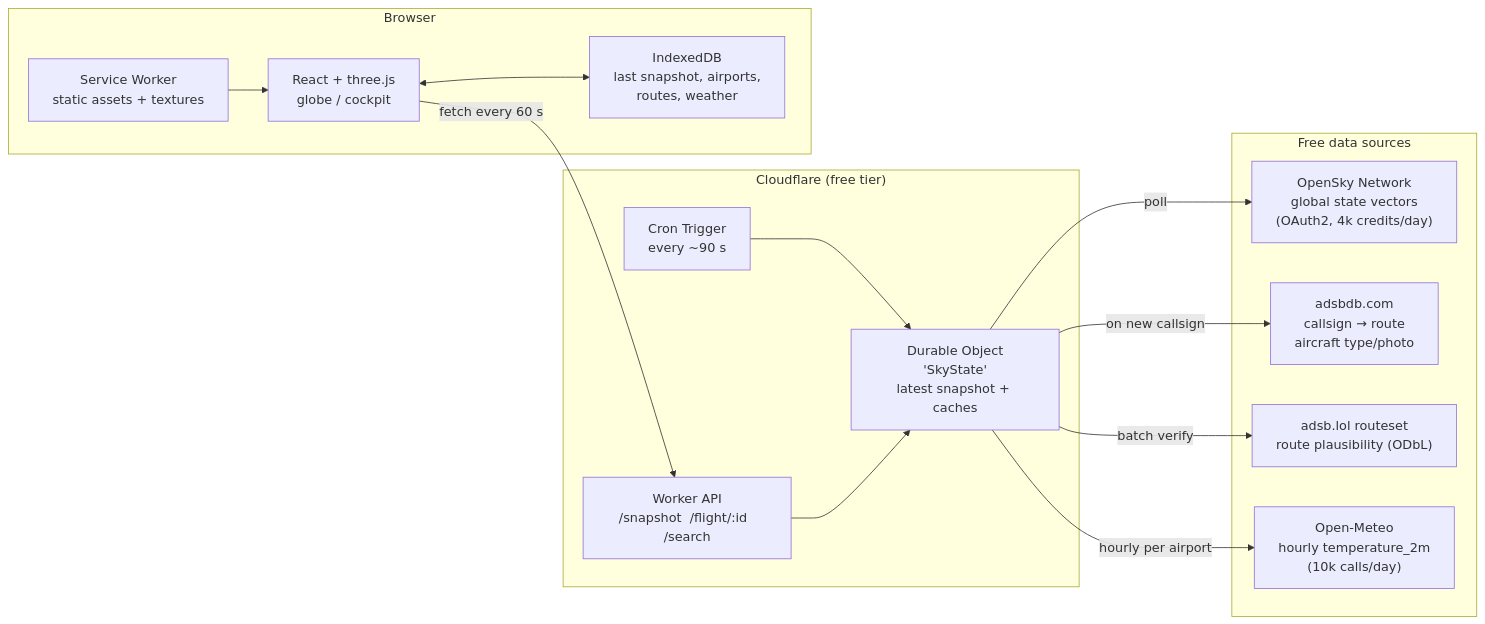
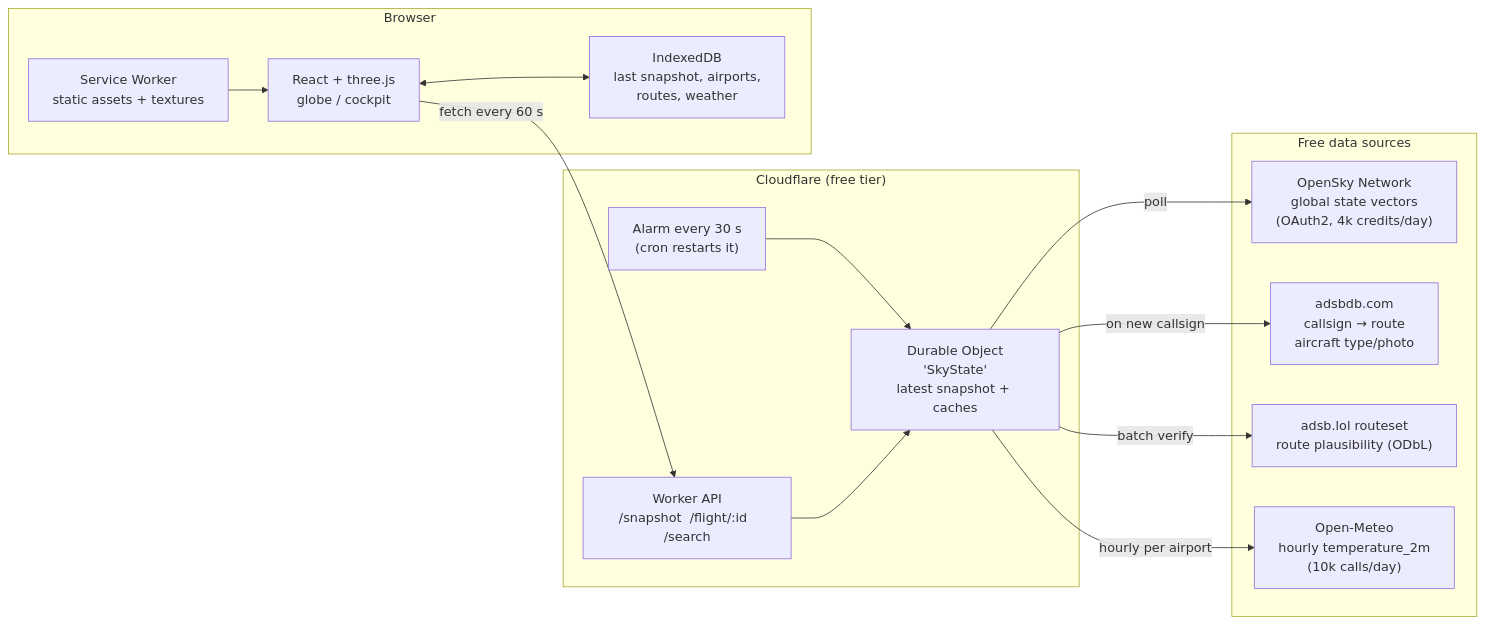
Before and after one commit to brandonIsTall/flightflux: the first of 5 diagrams in docs/PLAN.md, drawn with Mermaid. The commit also changed other lines of this file and 29 other files, not shown here.

````diff
--- a/docs/PLAN.md
+++ b/docs/PLAN.md
@@ -38,31 +38,31 @@
 ```mermaid
 flowchart LR
   subgraph Sources["Free data sources"]
     OS["OpenSky Network<br/>global state vectors<br/>(OAuth2, 4k credits/day)"]
     DB["adsbdb.com<br/>callsign → route<br/>aircraft type/photo"]
     LOL["adsb.lol routeset<br/>route plausibility (ODbL)"]
     OM["Open-Meteo<br/>hourly temperature_2m<br/>(10k calls/day)"]
   end
 
   subgraph Edge["Cloudflare (free tier)"]
-    CRON["Cron Trigger<br/>every ~90 s"]
+    CRON["Alarm every 30 s<br/>(cron restarts it)"]
     DO["Durable Object<br/>'SkyState'<br/>latest snapshot + caches"]
     API["Worker API<br/>/snapshot  /flight/:id  /search"]
   end
 
   subgraph Client["Browser"]
     SW["Service Worker<br/>static assets + textures"]
     IDB["IndexedDB<br/>last snapshot, airports,<br/>routes, weather"]
     APP["React + three.js<br/>globe / cockpit"]
   end
 
   CRON --> DO
   DO -- poll --> OS
   DO -- on new callsign --> DB
   DO -- batch verify --> LOL
   DO -- hourly per airport --> OM
   API --> DO
   APP -- fetch every 60 s --> API
   APP <--> IDB
   SW --> APP
 ```
````
